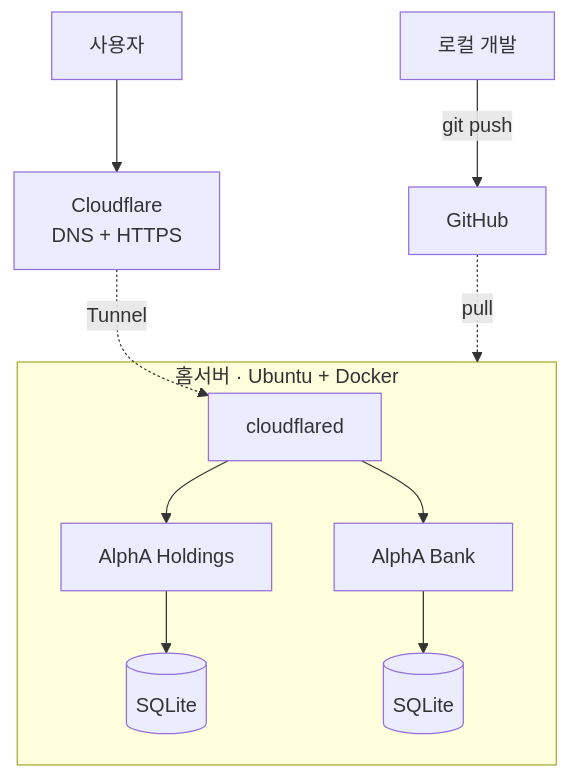
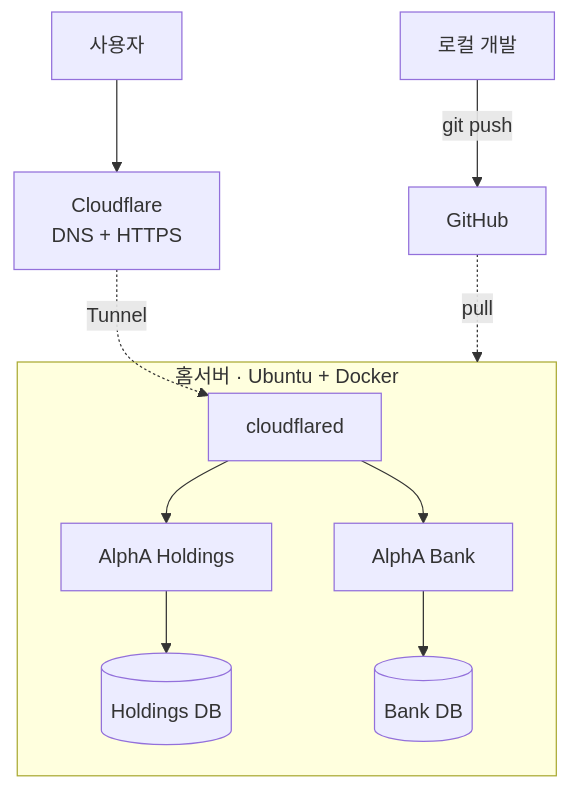
Before and after one commit to alpha-1nc/alpha-infra: the diagram in README.md, drawn with Mermaid. The commit also changed other lines of this file, not shown here.

````diff
--- a/README.md
+++ b/README.md
@@ -9,16 +8,16 @@
 ```mermaid
 flowchart TD
     User[사용자] --> CF[Cloudflare<br/>DNS + HTTPS]
     CF -.Tunnel.-> CFD
 
     Dev[로컬 개발] -->|git push| GH[GitHub]
     GH -.pull.-> Server
 
     subgraph Server[홈서버 · Ubuntu + Docker]
         CFD[cloudflared]
         CFD --> H[AlphA Holdings]
         CFD --> B[AlphA Bank]
-        H --> HDB[(SQLite)]
-        B --> BDB[(SQLite)]
+        H --> HDB[(Holdings DB)]
+        B --> BDB[(Bank DB)]
     end
 ```
````
